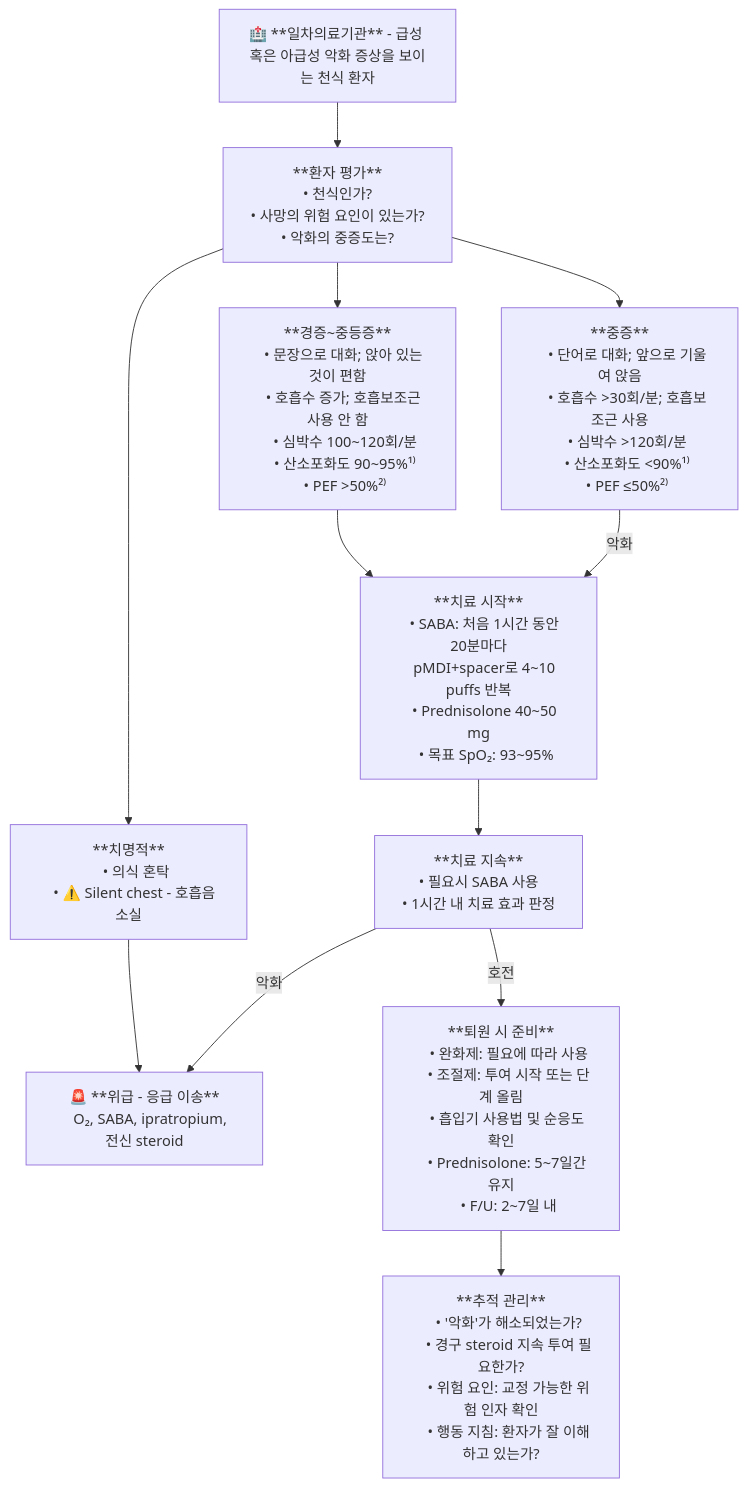
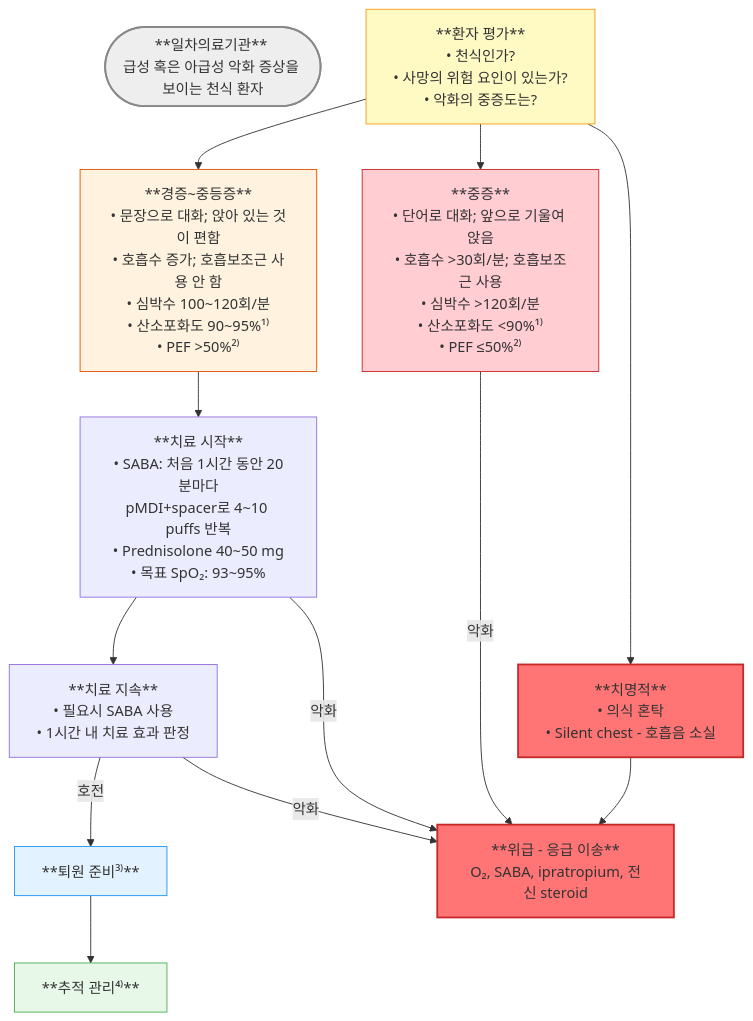
The second of 2 diagrams in 223_/071_-asthma.md (familyoh77/familyoh77), drawn with Mermaid before and after one commit. The commit also changed other lines of this file, not shown here.

Commit message:
GITBOOK-869: No subject

````diff
--- a/223_/071_-asthma.md
+++ b/223_/071_-asthma.md
@@ -843,56 +844,34 @@
 ```mermaid
 flowchart TD
-    A["🏥 **일차의료기관** - 급성 혹은 아급성 악화 증상을 보이는 천식 환자"]
-    --> B["**환자 평가**
-    • 천식인가?
-    • 사망의 위험 요인이 있는가?
-    • 악화의 중증도는?"]
+Start(["**일차의료기관** <br/>급성 혹은 아급성 악화 증상을 보이는 천식 환자"])
+B["**환자 평가**<br/>• 천식인가?<br/>• 사망의 위험 요인이 있는가?<br/>• 악화의 중증도는?"]
+C["**경증~중등증**<br/>• 문장으로 대화; 앉아 있는 것이 편함<br/>• 호흡수 증가; 호흡보조근 사용 안 함<br/>• 심박수 100~120회/분<br/>• 산소포화도 90~95%¹⁾<br/>• PEF >50%²⁾"]
+D["**중증**<br/>• 단어로 대화; 앞으로 기울여 앉음<br/>• 호흡수 >30회/분; 호흡보조근 사용<br/>• 심박수 >120회/분<br/>• 산소포화도 <90%¹⁾<br/>• PEF ≤50%²⁾"]
+E["**치명적**<br/>• 의식 혼탁<br/>• Silent chest - 호흡음 소실"]
+F["**위급 - 응급 이송**<br/>O₂, SABA, ipratropium, 전신 steroid"]
+H["**치료 시작**<br/>• SABA: 처음 1시간 동안 20분마다<br/>pMDI+spacer로 4~10 puffs 반복<br/>• Prednisolone 40~50 mg<br/>• 목표 SpO₂: 93~95%"]
+I["**치료 지속**<br/>• 필요시 SABA 사용<br/>• 1시간 내 치료 효과 판정"]
+K["**퇴원 준비³⁾**<br/>"]
+L["**추적 관리⁴⁾**"]
 
-    B --> C["**경증~중등증**
-    • 문장으로 대화; 앉아 있는 것이 편함
-    • 호흡수 증가; 호흡보조근 사용 안 함
-    • 심박수 100~120회/분
-    • 산소포화도 90~95%¹⁾
-    • PEF >50%²⁾"]
-
-    B --> D["**중증**
-    • 단어로 대화; 앞으로 기울여 앉음
-    • 호흡수 >30회/분; 호흡보조근 사용
-    • 심박수 >120회/분
-    • 산소포화도 <90%¹⁾
-    • PEF ≤50%²⁾"]
-
-    B --> E["**치명적**
-    • 의식 혼탁
-    • ⚠️ Silent chest - 호흡음 소실"]
-
-    E --> F["🚨 **위급 - 응급 이송**
-    O₂, SABA, ipratropium, 전신 steroid"]
-
-    C --> H["**치료 시작**
-    • SABA: 처음 1시간 동안 20분마다
-    pMDI+spacer로 4~10 puffs 반복
-    • Prednisolone 40~50 mg
-    • 목표 SpO₂: 93~95%"]
-
-    D -->|악화| H
-
-    H --> I["**치료 지속**
-    • 필요시 SABA 사용
-    • 1시간 내 치료 효과 판정"]
-
-    I -->|악화| F
-
-    I -->|호전| K["**퇴원 시 준비**
-    • 완화제: 필요에 따라 사용
-    • 조절제: 투여 시작 또는 단계 올림
-    • 흡입기 사용법 및 순응도 확인
-    • Prednisolone: 5~7일간 유지
-    • F/U: 2~7일 내"]
-
-    K --> L["**추적 관리**
-    • '악화'가 해소되었는가?
-    • 경구 steroid 지속 투여 필요한가?
-    • 위험 요인: 교정 가능한 위험 인자 확인
-    • 행동 지침: 환자가 잘 이해하고 있는가?"]
+Start
+B --> C
+B --> D
+C --> H
+H --> I
+I -->|호전| K
+H -->|악화| F
+I -->|악화| F
+D ---->|악화| F
+E --> F
+B --> E
+K --> L
+style Start fill:#eeeeee,stroke:#888888,stroke-width:2px
+style B fill:#fff9c4,stroke:#f39c12
+style C fill:#fff3e0,stroke:#e65100,stroke-width:1px
+style D fill:#ffcdd2,stroke:#c62828,stroke-width:1px
+style E fill:#ff7575,stroke:#c62828,stroke-width:2px
+style F fill:#ff7575,stroke:#c62828,stroke-width:2px
+style K fill:#e3f2ff,stroke:#2196f3
+style L fill:#e8f8e8,stroke:#4caf50
 ```
````
